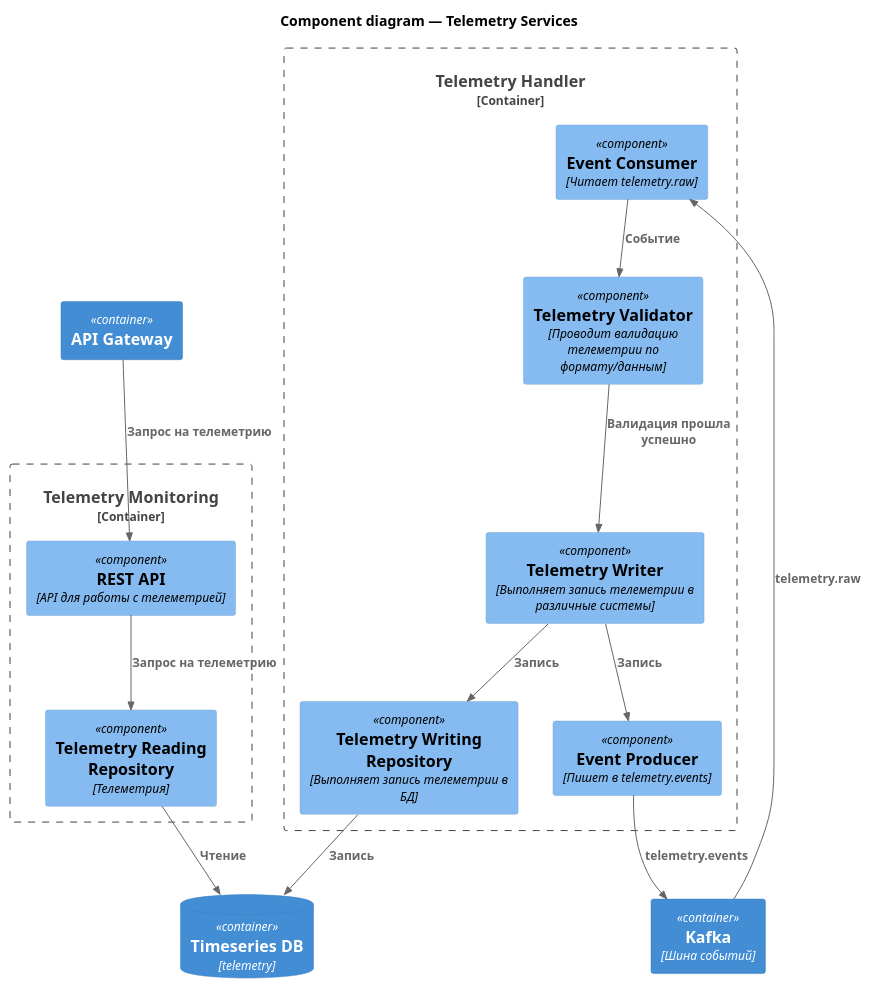
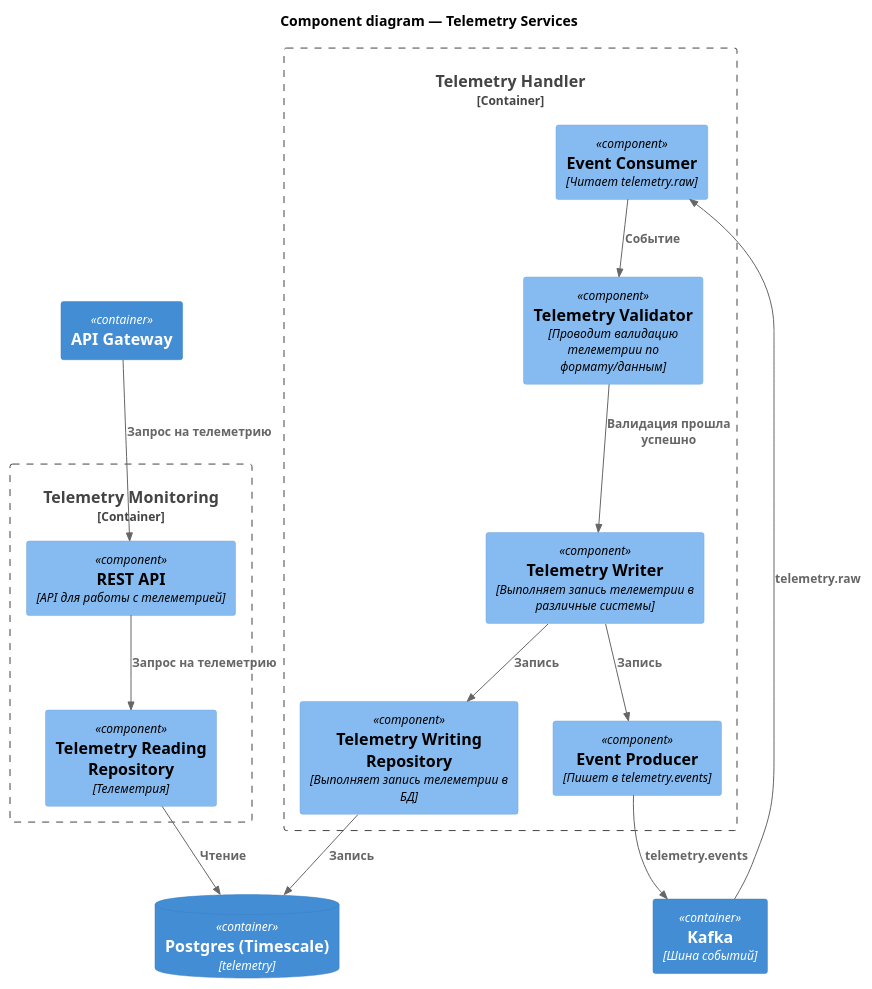
Before and after one commit to drunkendolphin2-ai/architecture-warmhouse: the diagram in diagrams/context/SmartHome_Telemetry_Component.puml, drawn with PlantUML. The commit also changed 2 other files, not shown here.

Commit message:
мелкие правки перед ER

```diff
--- a/diagrams/context/SmartHome_Telemetry_Component.puml
+++ b/diagrams/context/SmartHome_Telemetry_Component.puml
@@ -1,39 +1,39 @@
 @startuml
 !includeurl https://raw.githubusercontent.com/plantuml-stdlib/C4-PlantUML/master/C4_Component.puml
 
 title Component diagram — Telemetry Services
 
-ContainerDb(telemetryDb, "Timeseries DB", "telemetry")
+ContainerDb(telemetryDb, "Postgres (Timescale)", "telemetry")
 Container(broker, "Kafka", "Шина событий")
 Container(apiGw, "API Gateway")
 
 Container_Boundary(telemetryHandler, "Telemetry Handler") {
     Component(eventConsumer, "Event Consumer", "Читает telemetry.raw")
     Component(telemetryValidator, "Telemetry Validator", "Проводит валидацию телеметрии по формату/данным")
     Component(telemetryWriter, "Telemetry Writer", "Выполняет запись телеметрии в различные системы")
     Component(telemetryWritingRepo, "Telemetry Writing Repository", "Выполняет запись телеметрии в БД")
     Component(eventProducer, "Event Producer", "Пишет в telemetry.events")
 }
 
 Container_Boundary(telemetryMonitoring, "Telemetry Monitoring") {
     Component(telemetryMonitoringApi, "REST API", "API для работы с телеметрией")
     Component(telemetryReadingRepo, "Telemetry Reading Repository", "Телеметрия")
 }
 
 ' Работа с БД
 Rel(telemetryReadingRepo, telemetryDb, "Чтение")
 Rel(telemetryWritingRepo, telemetryDb, "Запись")
 
 ' Запрос на информацию по телеметрии
 Rel(apiGw, telemetryMonitoringApi, "Запрос на телеметрию")
 Rel(telemetryMonitoringApi, telemetryReadingRepo, "Запрос на телеметрию")
 
 ' Чтение и запись телеметриии
 Rel(broker, eventConsumer, "telemetry.raw")
 Rel(eventConsumer, telemetryValidator, "Событие")
 Rel(telemetryValidator, telemetryWriter, "Валидация прошла успешно")
 Rel(telemetryWriter, telemetryWritingRepo, "Запись")
 Rel(telemetryWriter, eventProducer, "Запись")
 Rel(eventProducer, broker, "telemetry.events")
 
 @enduml
```
